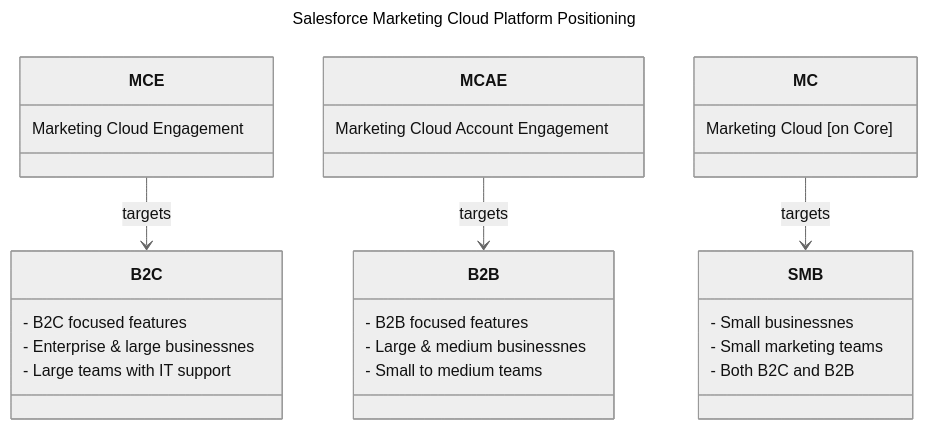
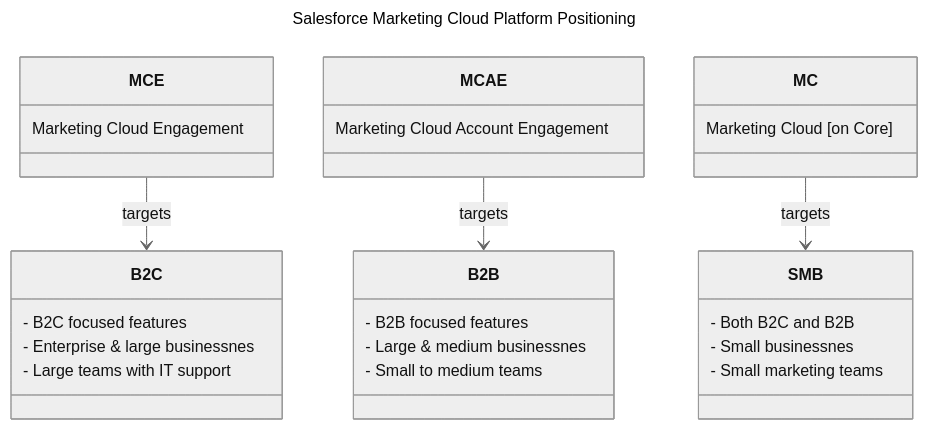
The diagram in sites/faq/salesforce/what-is-the-difference-between-sf-marketing-clouds.mdx (MateuszDabrowski/mateuszdabrowski.pl), drawn with Mermaid (neutral theme) before and after one commit. The commit also changed other lines of this file, not shown here.

````diff
--- a/sites/faq/salesforce/what-is-the-difference-between-sf-marketing-clouds.mdx
+++ b/sites/faq/salesforce/what-is-the-difference-between-sf-marketing-clouds.mdx
@@ -65,39 +23,39 @@
 ```mermaid
 ---
 title: Salesforce Marketing Cloud Platform Positioning
 ---
 classDiagram
 
     %% Platform Classes
     class MCE {
       Marketing Cloud Engagement
     }
     class MCAE {
       Marketing Cloud Account Engagement
     }
     class MC {
       Marketing Cloud [on Core]
     }
 
     %% Target Audience Classes
     class B2C {
       - B2C focused features
       - Enterprise & large businessnes
       - Large teams with IT support
     }
     class B2B {
       - B2B focused features
       - Large & medium businessnes
       - Small to medium teams
     }
     class SMB {
+      - Both B2C and B2B
       - Small businessnes
       - Small marketing teams
-      - Both B2C and B2B
     }
 
     %% Define Relationships between Platforms and their Audiences
     MCE --> B2C : targets
     MCAE --> B2B : targets
     MC --> SMB : targets
 ```
````
